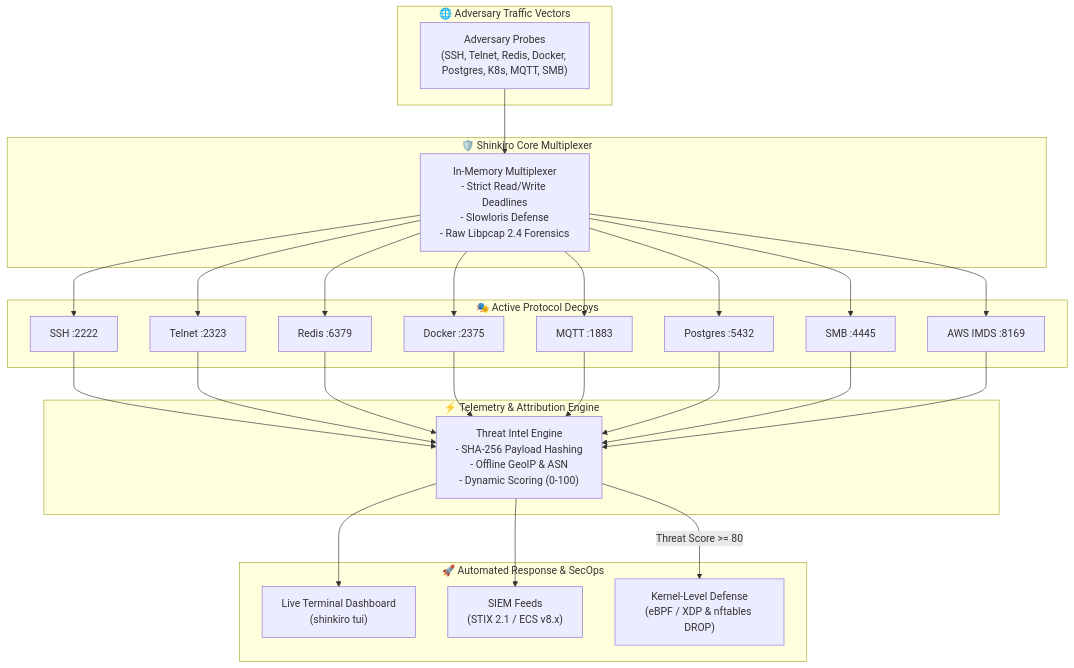
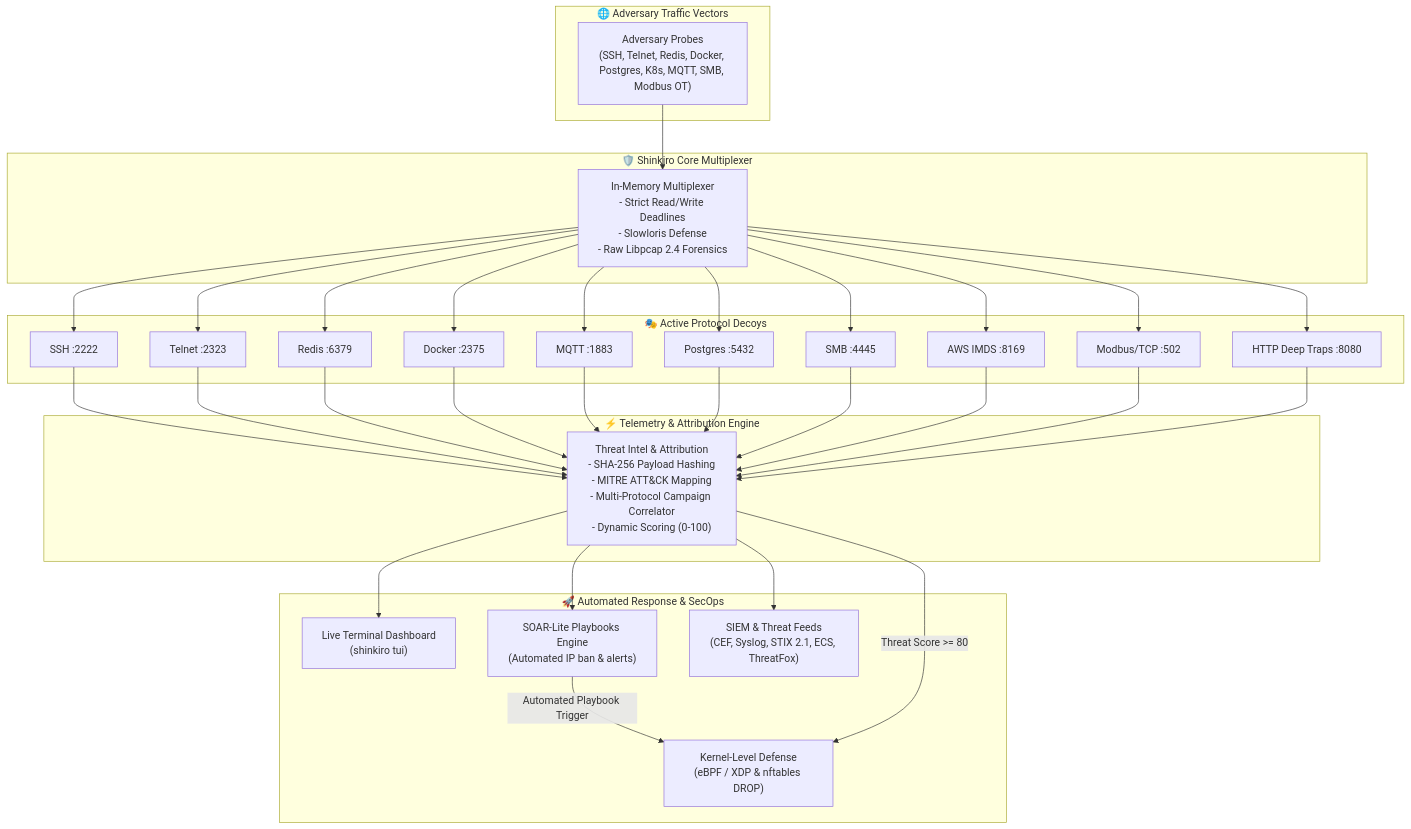
The diagram in README.md (Haiagari/shinkiro), drawn with Mermaid before and after one commit. The commit also changed other lines of this file and 2 other files, not shown here.

Commit message:
docs: update system architecture diagrams, decoy matrix, and operational guides

````diff
--- a/README.md
+++ b/README.md
@@ -27,54 +27,63 @@
 ```mermaid
 graph TD
     subgraph Adversary ["🌐 Adversary Traffic Vectors"]
-        Attacker["Adversary Probes<br/>(SSH, Telnet, Redis, Docker, Postgres, K8s, MQTT, SMB)"]
+        Attacker["Adversary Probes<br/>(SSH, Telnet, Redis, Docker, Postgres, K8s, MQTT, SMB, Modbus OT)"]
     end
 
     subgraph Core ["🛡️ Shinkiro Core Multiplexer"]
         Mux["In-Memory Multiplexer<br/>- Strict Read/Write Deadlines<br/>- Slowloris Defense<br/>- Raw Libpcap 2.4 Forensics"]
     end
 
     subgraph Decoys ["🎭 Active Protocol Decoys"]
         D1["SSH :2222"]
         D2["Telnet :2323"]
         D3["Redis :6379"]
         D4["Docker :2375"]
         D5["MQTT :1883"]
         D6["Postgres :5432"]
         D7["SMB :4445"]
         D8["AWS IMDS :8169"]
+        D9["Modbus/TCP :502"]
+        D10["HTTP Deep Traps :8080"]
     end
 
     subgraph Pipeline ["⚡ Telemetry & Attribution Engine"]
-        Intel["Threat Intel Engine<br/>- SHA-256 Payload Hashing<br/>- Offline GeoIP & ASN<br/>- Dynamic Scoring (0-100)"]
+        Intel["Threat Intel & Attribution<br/>- SHA-256 Payload Hashing<br/>- MITRE ATT&CK Mapping<br/>- Multi-Protocol Campaign Correlator<br/>- Dynamic Scoring (0-100)"]
     end
 
     subgraph Defense ["🚀 Automated Response & SecOps"]
         TUI["Live Terminal Dashboard<br/>(shinkiro tui)"]
-        SIEM["SIEM Feeds<br/>(STIX 2.1 / ECS v8.x)"]
+        SOAR["SOAR-Lite Playbooks Engine<br/>(Automated IP ban & alerts)"]
+        SIEM["SIEM & Threat Feeds<br/>(CEF, Syslog, STIX 2.1, ECS, ThreatFox)"]
         Drop["Kernel-Level Defense<br/>(eBPF / XDP & nftables DROP)"]
     end
 
     Attacker --> Mux
     Mux --> D1
     Mux --> D2
     Mux --> D3
     Mux --> D4
     Mux --> D5
     Mux --> D6
     Mux --> D7
     Mux --> D8
+    Mux --> D9
+    Mux --> D10
 
     D1 --> Intel
     D2 --> Intel
     D3 --> Intel
     D4 --> Intel
     D5 --> Intel
     D6 --> Intel
     D7 --> Intel
     D8 --> Intel
+    D9 --> Intel
+    D10 --> Intel
 
     Intel --> TUI
+    Intel --> SOAR
     Intel --> SIEM
+    SOAR -->|Automated Playbook Trigger| Drop
     Intel -->|Threat Score >= 80| Drop
 ```
````
